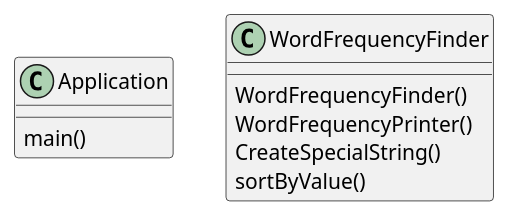
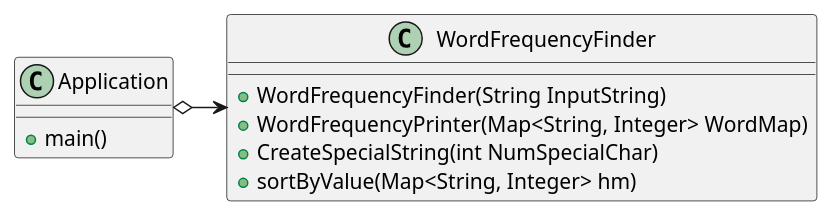
Before and after one commit to Awesome-wolf-101/ashby-cop3330-assignment3: the diagram in src/main/java/oop/assignment3/ex46/exercise46_Diagram.puml, drawn with PlantUML. The commit also changed 5 other files, not shown here.

```diff
--- a/src/main/java/oop/assignment3/ex46/exercise46_Diagram.puml
+++ b/src/main/java/oop/assignment3/ex46/exercise46_Diagram.puml
@@ -1,20 +1,20 @@
 @startuml
 'https://plantuml.com/sequence-diagram
 
 class Application{
-main()
++main()
 }
 
 class WordFrequencyFinder{
 
 
 
-WordFrequencyFinder()
-WordFrequencyPrinter()
-CreateSpecialString()
-sortByValue()
++WordFrequencyFinder(String InputString)
++WordFrequencyPrinter(Map<String, Integer> WordMap)
++CreateSpecialString(int NumSpecialChar)
++sortByValue(Map<String, Integer> hm)
 
 }
 
-
+Application o->WordFrequencyFinder
 @enduml
```
